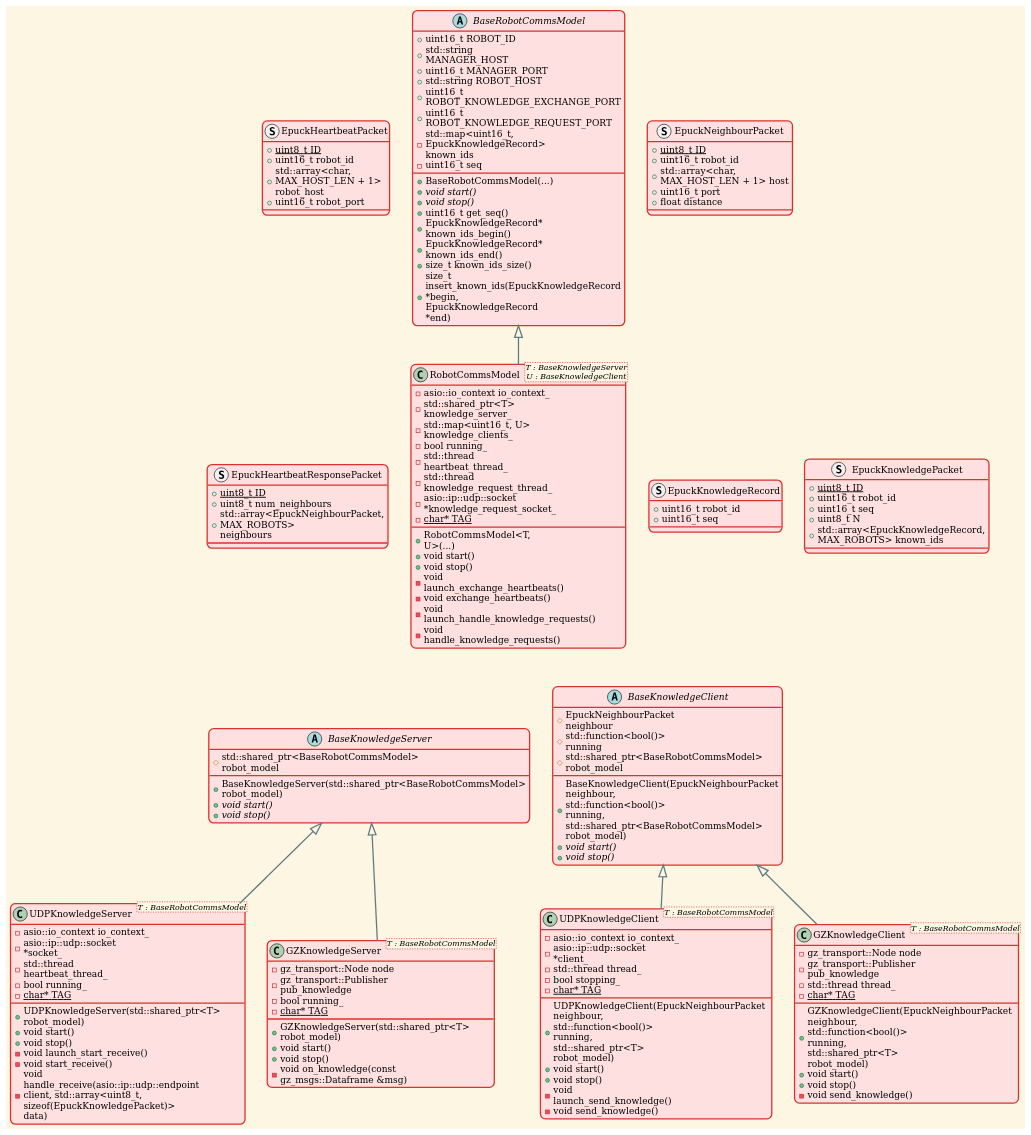
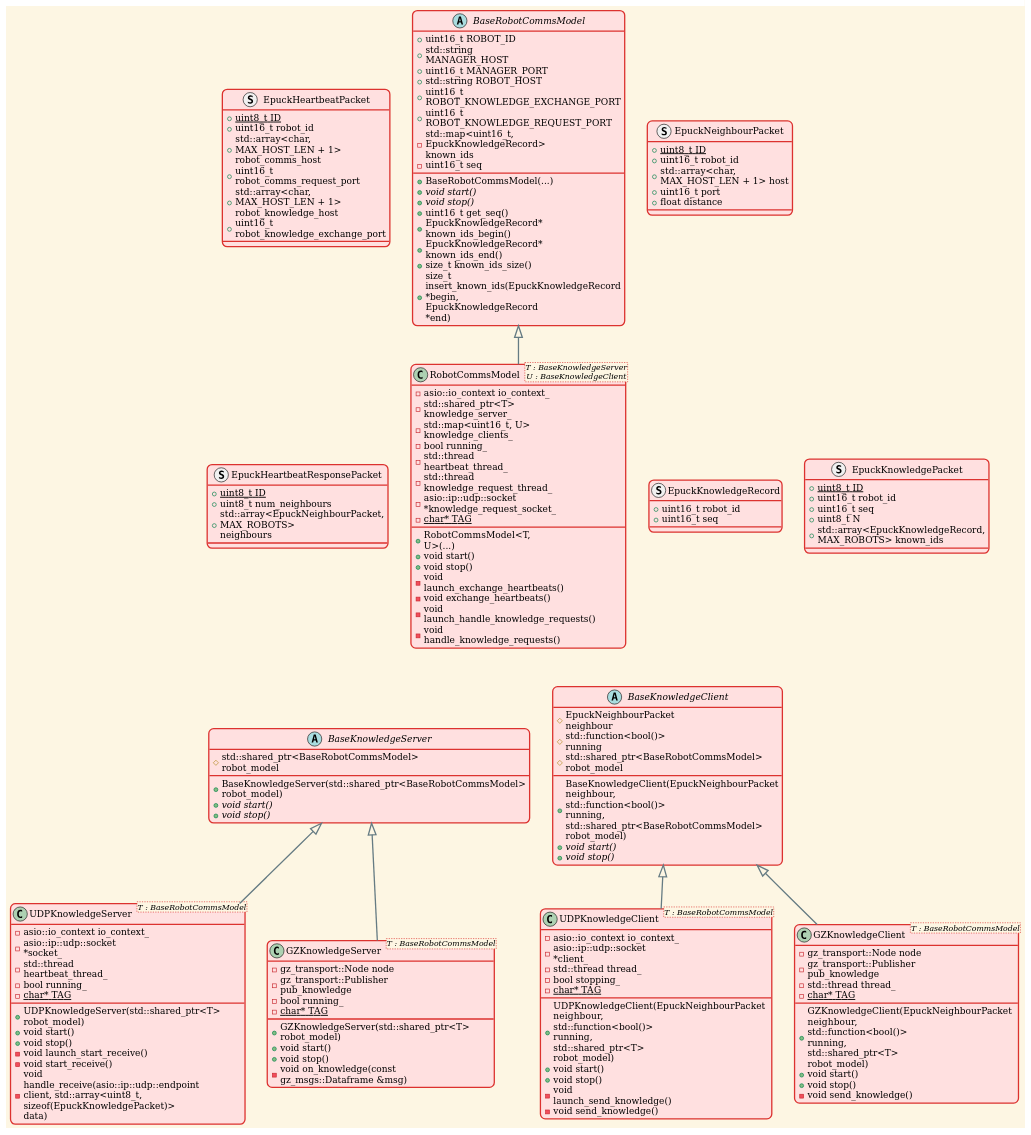
Before and after one commit to eshjordan/lazy_agent_sim: the diagram in ros_gz_lazy_agent_sim_applications/agent_local_comms_server/doc/comms_class.puml, drawn with PlantUML. The commit also changed 7 other files, not shown here.

Commit message:
Modified architecture to include host for both local comms management and knowledge exchange separately. Updated python implementation to better match documentation.

```diff
--- a/ros_gz_lazy_agent_sim_applications/agent_local_comms_server/doc/comms_class.puml
+++ b/ros_gz_lazy_agent_sim_applications/agent_local_comms_server/doc/comms_class.puml
@@ -1,162 +1,164 @@
 @startuml
 
 !theme sunlust
 
 abstract class BaseKnowledgeServer {
   + BaseKnowledgeServer(std::shared_ptr<BaseRobotCommsModel> robot_model)
   + {abstract} void start()
   + {abstract} void stop()
   # std::shared_ptr<BaseRobotCommsModel> robot_model
 }
 
 abstract class BaseKnowledgeClient {
   + BaseKnowledgeClient(EpuckNeighbourPacket neighbour, std::function<bool()> running, std::shared_ptr<BaseRobotCommsModel> robot_model)
   + {abstract} void start()
   + {abstract} void stop()
   # EpuckNeighbourPacket neighbour
   # {field} std::function<bool()> running
   # std::shared_ptr<BaseRobotCommsModel> robot_model
 }
 
 abstract class BaseRobotCommsModel {
   + uint16_t ROBOT_ID
   + std::string MANAGER_HOST
   + uint16_t MANAGER_PORT
   + std::string ROBOT_HOST
   + uint16_t ROBOT_KNOWLEDGE_EXCHANGE_PORT
   + uint16_t ROBOT_KNOWLEDGE_REQUEST_PORT
   - std::map<uint16_t, EpuckKnowledgeRecord> known_ids
   - uint16_t seq
 
   + BaseRobotCommsModel(...)
   + {abstract} void start()
   + {abstract} void stop()
   + uint16_t get_seq()
   + EpuckKnowledgeRecord* known_ids_begin()
   + EpuckKnowledgeRecord* known_ids_end()
   + size_t known_ids_size()
   + size_t insert_known_ids(EpuckKnowledgeRecord *begin, EpuckKnowledgeRecord *end)
 }
 
 
 struct EpuckHeartbeatPacket {
   +{static} uint8_t ID
   +uint16_t robot_id
-  +std::array<char, MAX_HOST_LEN + 1> robot_host
-  +uint16_t robot_port
+  +std::array<char, MAX_HOST_LEN + 1> robot_comms_host
+  +uint16_t robot_comms_request_port
+  +std::array<char, MAX_HOST_LEN + 1> robot_knowledge_host
+  +uint16_t robot_knowledge_exchange_port
 }
 
 struct EpuckNeighbourPacket {
   +{static} uint8_t ID
   +uint16_t robot_id
   +std::array<char, MAX_HOST_LEN + 1> host
   +uint16_t port
   +float distance
 }
 
 struct EpuckHeartbeatResponsePacket {
   +{static} uint8_t ID
   +uint8_t num_neighbours
   +std::array<EpuckNeighbourPacket, MAX_ROBOTS> neighbours
 }
 
 struct EpuckKnowledgeRecord {
   +uint16_t robot_id
   +uint16_t seq
 }
 
 struct EpuckKnowledgePacket {
   +{static} uint8_t ID
   +uint16_t robot_id
   +uint16_t seq
   +uint8_t N
   +std::array<EpuckKnowledgeRecord, MAX_ROBOTS> known_ids
 }
 
 
 class RobotCommsModel <T : BaseKnowledgeServer\nU : BaseKnowledgeClient> {
   + RobotCommsModel<T, U>(...)
   + void start()
   + void stop()
   - void launch_exchange_heartbeats()
   - void exchange_heartbeats()
   - void launch_handle_knowledge_requests()
   - void handle_knowledge_requests()
   - asio::io_context io_context_
   - std::shared_ptr<T> knowledge_server_
   - std::map<uint16_t, U> knowledge_clients_
   - bool running_
   - std::thread heartbeat_thread_
   - std::thread knowledge_request_thread_
   - asio::ip::udp::socket *knowledge_request_socket_
   - {static} char* TAG
 }
 
 
 class UDPKnowledgeServer <T : BaseRobotCommsModel> {
   + UDPKnowledgeServer(std::shared_ptr<T> robot_model)
   + void start()
   + void stop()
   - void launch_start_receive()
   - void start_receive()
   - void handle_receive(asio::ip::udp::endpoint client, std::array<uint8_t, sizeof(EpuckKnowledgePacket)> data)
   - asio::io_context io_context_
   - asio::ip::udp::socket *socket_
   - std::thread heartbeat_thread_
   - bool running_
   - {static} char* TAG
 }
 
 class UDPKnowledgeClient <T : BaseRobotCommsModel> {
   + UDPKnowledgeClient(EpuckNeighbourPacket neighbour, std::function<bool()> running, std::shared_ptr<T> robot_model)
   + void start()
   + void stop()
   - void launch_send_knowledge()
   - void send_knowledge()
   - asio::io_context io_context_
   - asio::ip::udp::socket *client_
   - std::thread thread_
   - bool stopping_
   - {static} char* TAG
 }
 
 
 class GZKnowledgeServer <T : BaseRobotCommsModel> {
   + GZKnowledgeServer(std::shared_ptr<T> robot_model)
   + void start()
   + void stop()
   - void on_knowledge(const gz_msgs::Dataframe &msg)
   - gz_transport::Node node
   - gz_transport::Publisher pub_knowledge
   - bool running_
   - {static} char* TAG
 }
 
 class GZKnowledgeClient <T : BaseRobotCommsModel> {
   + GZKnowledgeClient(EpuckNeighbourPacket neighbour, std::function<bool()> running, std::shared_ptr<T> robot_model)
   + void start()
   + void stop()
   - void send_knowledge()
   - gz_transport::Node node
   - gz_transport::Publisher pub_knowledge
   - std::thread thread_
   - {static} char* TAG
 }
 
 
 BaseRobotCommsModel <|-- RobotCommsModel
 BaseKnowledgeServer <|-- UDPKnowledgeServer
 BaseKnowledgeClient <|-- UDPKnowledgeClient
 BaseKnowledgeServer <|-- GZKnowledgeServer
 BaseKnowledgeClient <|-- GZKnowledgeClient
 
 RobotCommsModel <|-[hidden]- BaseKnowledgeServer
 RobotCommsModel <|-[hidden]- BaseKnowledgeClient
 
 BaseRobotCommsModel -[hidden]left-> EpuckHeartbeatPacket
 RobotCommsModel -[hidden]left-> EpuckHeartbeatResponsePacket
 BaseRobotCommsModel -[hidden]right-> EpuckNeighbourPacket
 RobotCommsModel -[hidden]right-> EpuckKnowledgePacket
 RobotCommsModel -[hidden]right-> EpuckKnowledgeRecord
 
 @enduml
```
